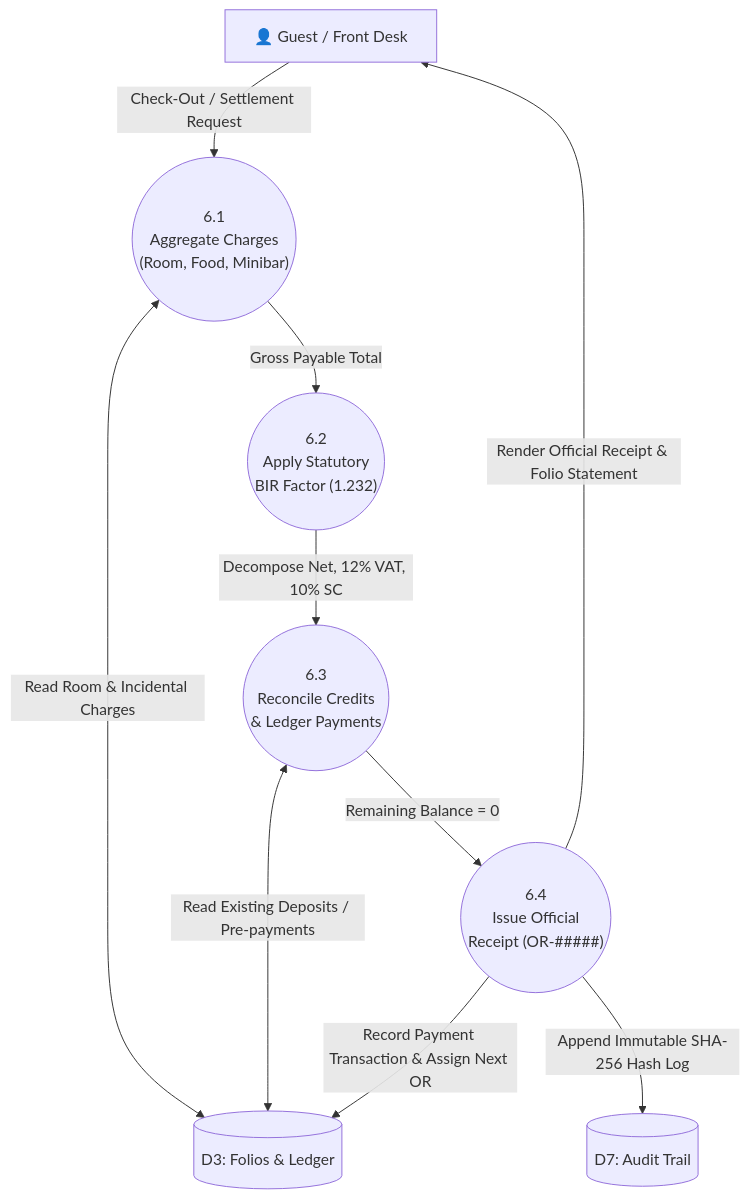
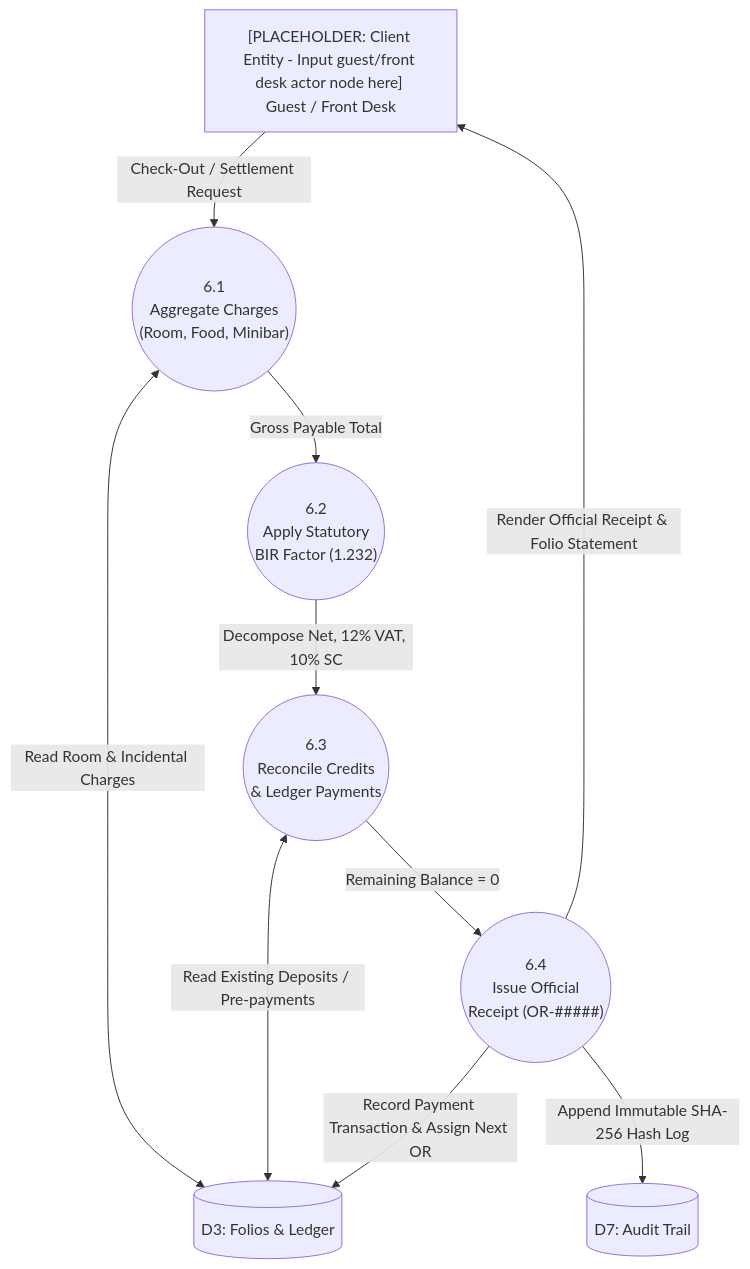
The fourth of 4 diagrams in docs/DFD.md (rech-axn/PUPSJ-HRMS), drawn with Mermaid before and after one commit. The commit also changed other lines of this file and 63 other files, not shown here.

````diff
--- a/docs/DFD.md
+++ b/docs/DFD.md
@@ -170,21 +170,21 @@
 ```mermaid
 graph TD
-    Client["👤 Guest / Front Desk"]
+    Client["[PLACEHOLDER: Client Entity - Input guest/front desk actor node here] Guest / Front Desk"]
     D3[("D3: Folios & Ledger")]
     D7[("D7: Audit Trail")]
 
     P6_1(("6.1<br/>Aggregate Charges<br/>(Room, Food, Minibar)"))
     P6_2(("6.2<br/>Apply Statutory<br/>BIR Factor (1.232)"))
     P6_3(("6.3<br/>Reconcile Credits<br/>& Ledger Payments"))
     P6_4(("6.4<br/>Issue Official<br/>Receipt (OR-#####)"))
 
     Client -->|Check-Out / Settlement Request| P6_1
     P6_1 <-->|Read Room & Incidental Charges| D3
     P6_1 -->|Gross Payable Total| P6_2
     P6_2 -->|Decompose Net, 12% VAT, 10% SC| P6_3
     P6_3 <-->|Read Existing Deposits / Pre-payments| D3
     P6_3 -->|Remaining Balance = 0| P6_4
     P6_4 -->|Record Payment Transaction & Assign Next OR| D3
     P6_4 -->|Append Immutable SHA-256 Hash Log| D7
     P6_4 -->|Render Official Receipt & Folio Statement| Client
 ```
````
